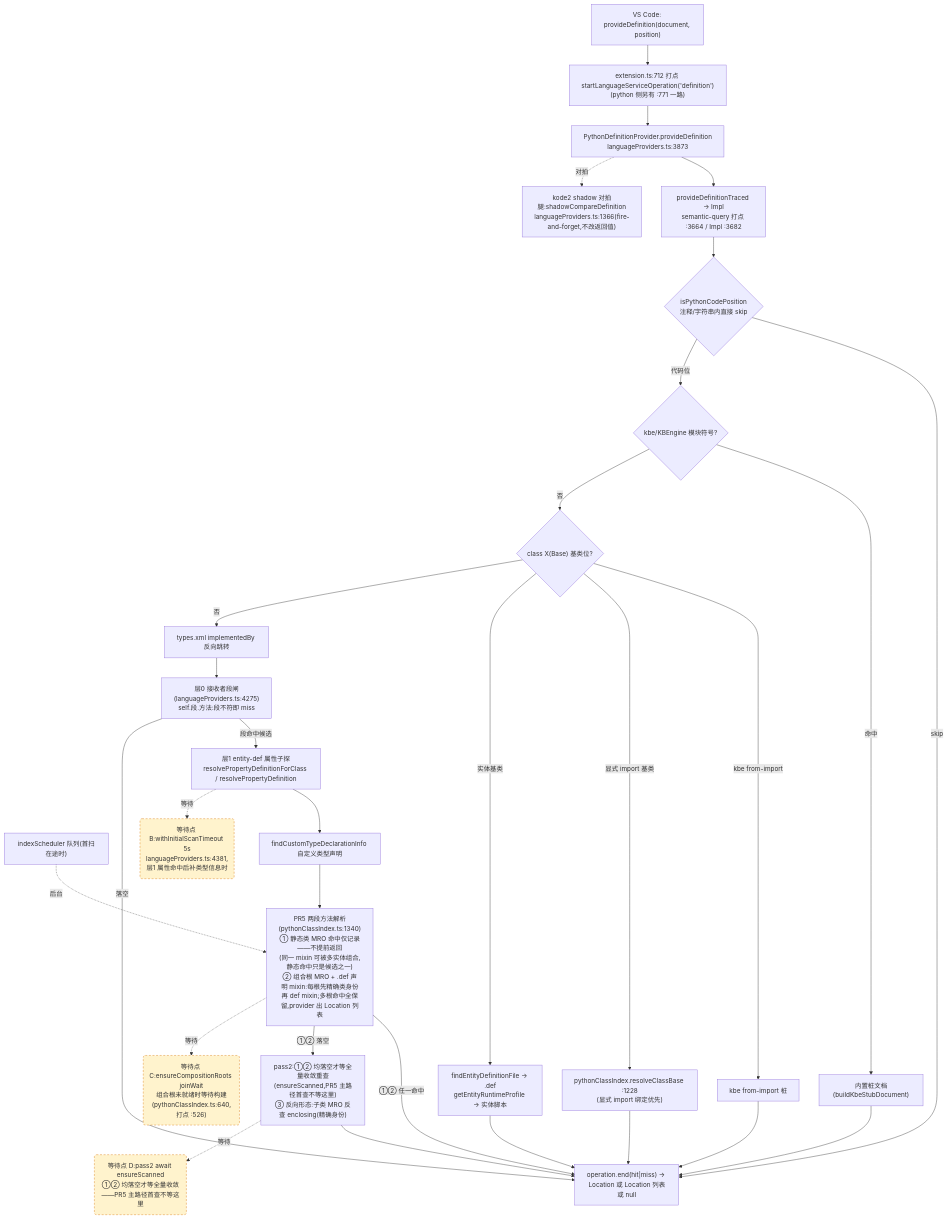
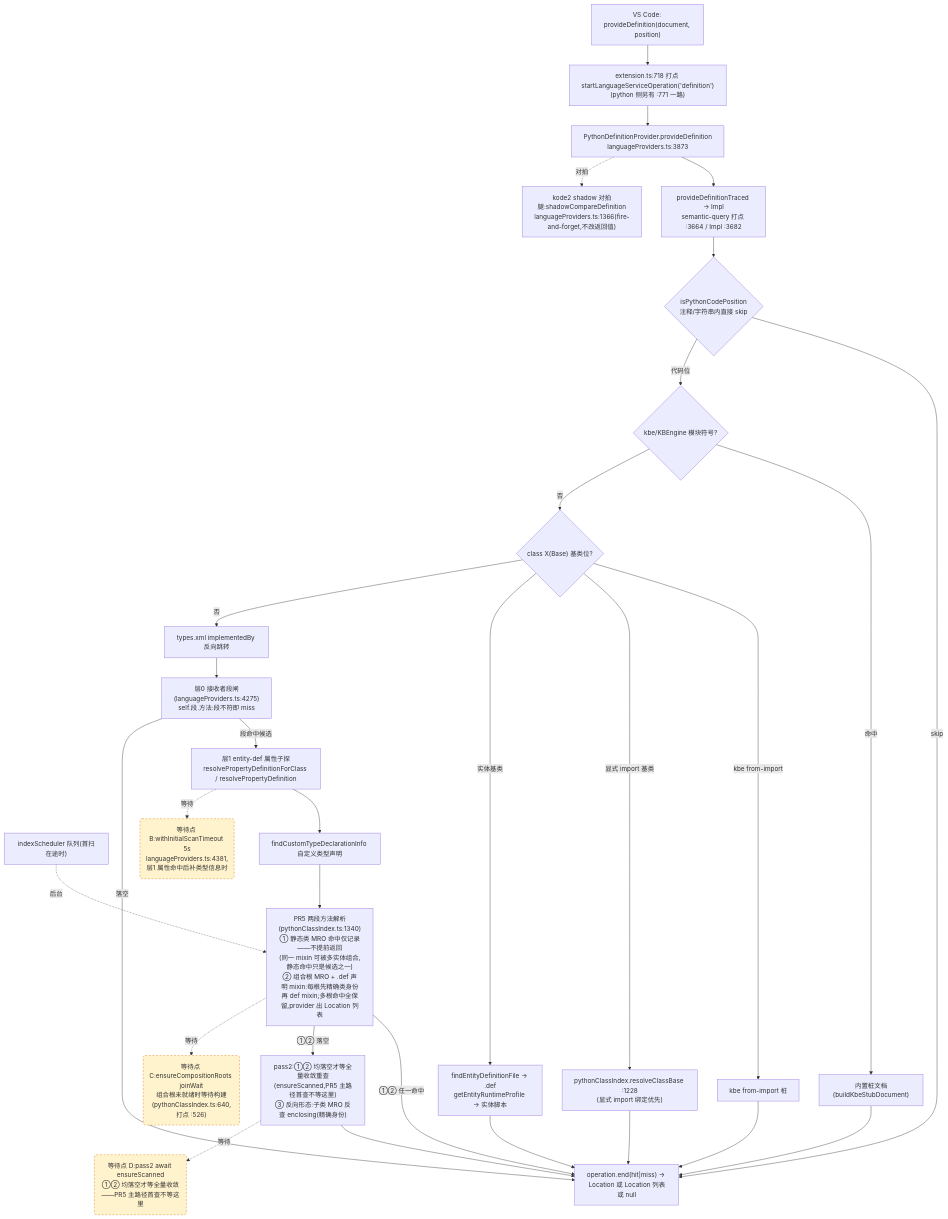
The second of 4 diagrams in docs/perf/2026-baseline.md (cuihairu/kode), drawn with Mermaid before and after one commit. The commit also changed other lines of this file and 11 other files, not shown here.

````diff
--- a/docs/perf/2026-baseline.md
+++ b/docs/perf/2026-baseline.md
@@ -130,51 +130,51 @@
 ```mermaid
 flowchart TD
   VC2["VS Code: provideDefinition(document, position)"]
-  M2["extension.ts:712 打点 startLanguageServiceOperation('definition')<br/>(python 侧另有 :771 一路)"]
+  M2["extension.ts:718 打点 startLanguageServiceOperation('definition')<br/>(python 侧另有 :771 一路)"]
   AD2["PythonDefinitionProvider.provideDefinition<br/>languageProviders.ts:3873"]
   TR["provideDefinitionTraced → Impl<br/>semantic-query 打点 :3664 / Impl :3682"]
   CTX{"isPythonCodePosition<br/>注释/字符串内直接 skip"}
   KBE{"kbe/KBEngine 模块符号?"}
   STUB["内置桩文档(buildKbeStubDocument)"]
   CB{"class X(Base) 基类位?"}
   CB1["kbe from-import 桩"]
   CB2["pythonClassIndex.resolveClassBase :1228<br/>(显式 import 绑定优先)"]
   CB3["findEntityDefinitionFile → .def<br/>getEntityRuntimeProfile → 实体脚本"]
   REV["types.xml implementedBy 反向跳转"]
   L0["层0 接收者段闸(languageProviders.ts:4275)<br/>self.段.方法:段不符即 miss"]
   L1["层1 entity-def 属性子探<br/>resolvePropertyDefinitionForClass / resolvePropertyDefinition"]
   SCAN["indexScheduler 队列(首扫在途时)"]
   TY["findCustomTypeDeclarationInfo 自定义类型声明"]
   MRO["PR5 两段方法解析(pythonClassIndex.ts:1340)<br/>① 静态类 MRO 命中仅记录——不提前返回<br/>(同一 mixin 可被多实体组合,静态命中只是候选之一)<br/>② 组合根 MRO + .def 声明 mixin:每根先精确类身份<br/>再 def mixin;多根命中全保留,provider 出 Location 列表"]
   PASS2["pass2:①② 均落空才等全量收敛重查<br/>(ensureScanned,PR5 主路径首查不等这里)<br/>③ 反向形态:子类 MRO 反查 enclosing(精确身份)"]
   SHD["kode2 shadow 对拍腿:shadowCompareDefinition<br/>languageProviders.ts:1366(fire-and-forget,不改返回值)"]
   END2["operation.end(hit|miss) → Location 或 Location 列表或 null"]
 
   VC2 --> M2 --> AD2 --> TR --> CTX
   CTX -- "skip" --> END2
   CTX -- "代码位" --> KBE
   KBE -- "命中" --> STUB --> END2
   KBE -- "否" --> CB
   CB -- "kbe from-import" --> CB1 --> END2
   CB -- "显式 import 基类" --> CB2 --> END2
   CB -- "实体基类" --> CB3 --> END2
   CB -- "否" --> REV --> L0
   L0 -- "段命中候选" --> L1
   L0 -- "落空" --> END2
   L1 --> TY
   TY --> MRO
   MRO -- "①② 任一命中" --> END2
   MRO -- "①② 落空" --> PASS2 --> END2
   AD2 -.->|对拍| SHD
 
   WAITB("等待点 B:withInitialScanTimeout 5s<br/>languageProviders.ts:4381,层1 属性命中后补类型信息时")
   WAITC("等待点 C:ensureCompositionRoots joinWait<br/>组合根未就绪时等待构建(pythonClassIndex.ts:640,打点 :526)")
   WAITD("等待点 D:pass2 await ensureScanned<br/>①② 均落空才等全量收敛——PR5 主路径首查不等这里")
   L1 -.->|等待| WAITB
   MRO -.->|等待| WAITC
   PASS2 -.->|等待| WAITD
   SCAN -.->|后台| MRO
 
   classDef waitPoint fill:#fff3cd,stroke:#d97706,stroke-dasharray:5 4;
   class WAITB,WAITC,WAITD waitPoint;
 ```
````
